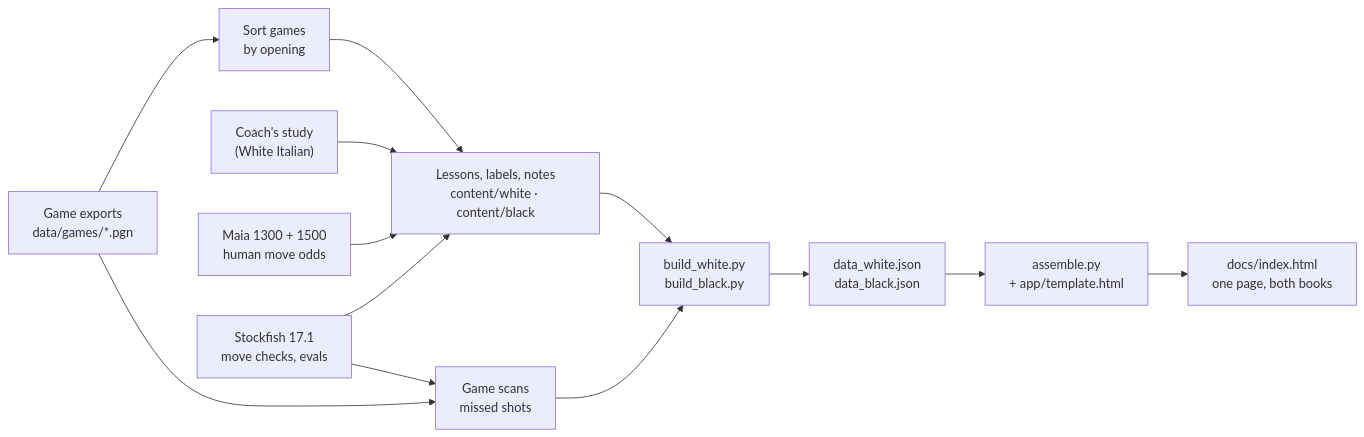
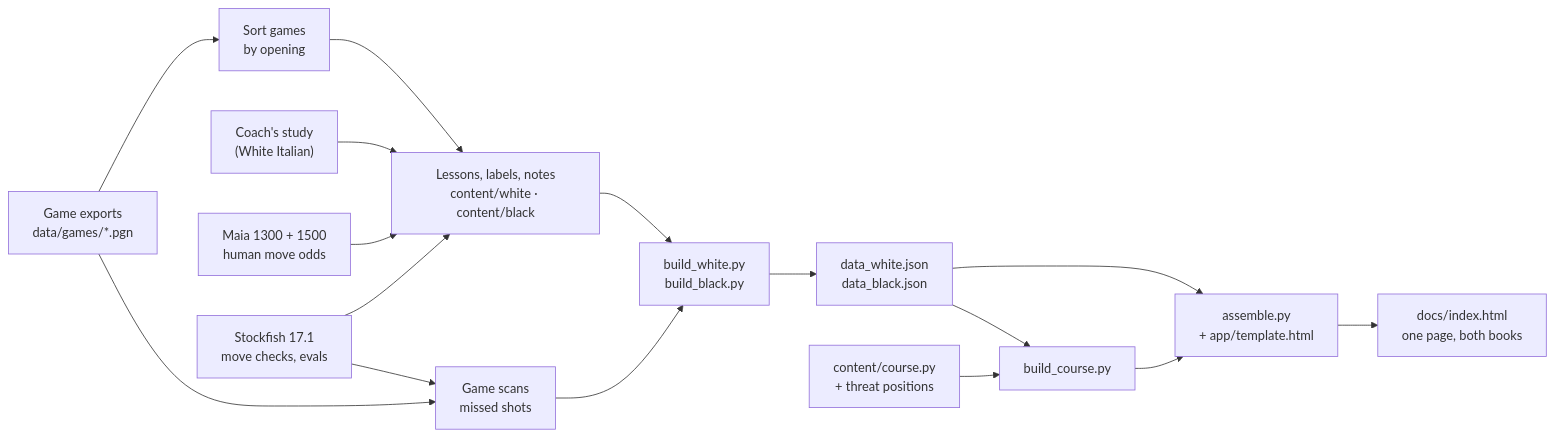
The diagram in README.md (vladapl21/chess-opening-playbook), drawn with Mermaid before and after one commit. The commit also changed other lines of this file and 36 other files, not shown here.

````diff
--- a/README.md
+++ b/README.md
@@ -137,15 +156,18 @@
 ```mermaid
 flowchart LR
     G["Game exports<br/>data/games/*.pgn"] --> C["Sort games<br/>by opening"]
     S["Coach's study<br/>(White Italian)"] --> L
     C --> L["Lessons, labels, notes<br/>content/white · content/black"]
     M["Maia 1300 + 1500<br/>human move odds"] --> L
     F["Stockfish 17.1<br/>move checks, evals"] --> L
     G --> R["Game scans<br/>missed shots"]
     F --> R
     L --> B["build_white.py<br/>build_black.py"]
     R --> B
     B --> J["data_white.json<br/>data_black.json"]
     J --> A["assemble.py<br/>+ app/template.html"]
+    K["content/course.py<br/>+ threat positions"] --> CB["build_course.py"]
+    J --> CB
+    CB --> A
     A --> P["docs/index.html<br/>one page, both books"]
 ```
````
